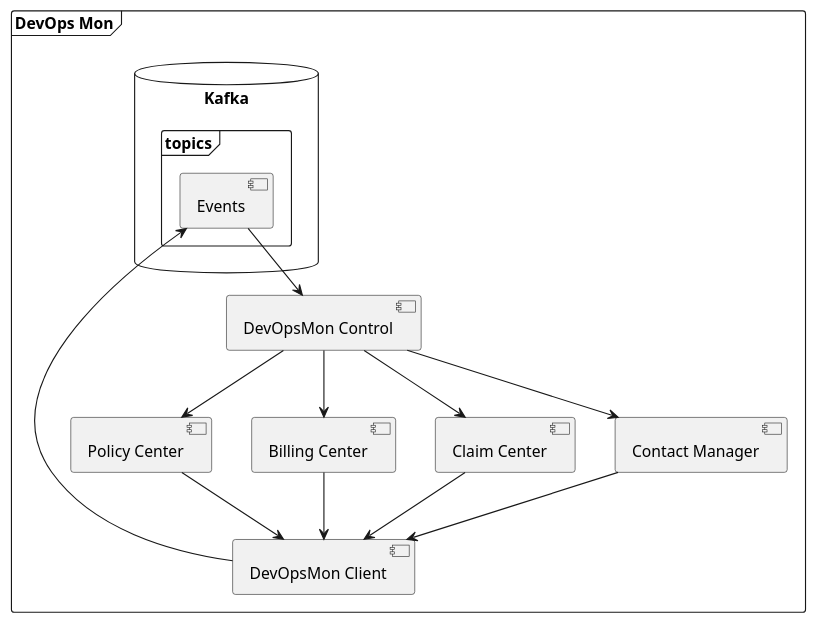
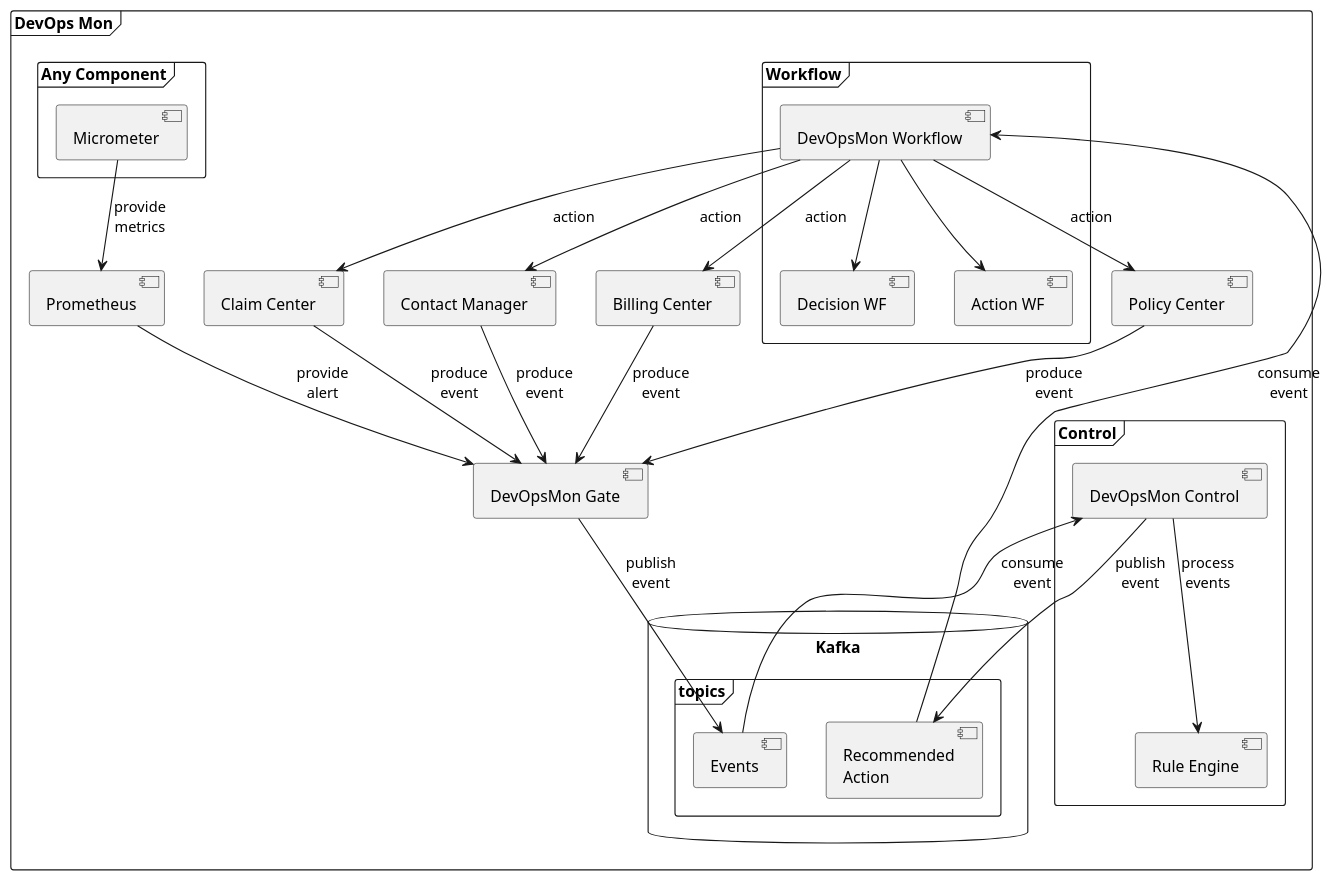
One commit to Baloise-CodeCamp-2022/devopsmon_remote_control changed the diagram in doc/arc42/05-Building Block View/whitebox-overall-system.puml. Above: the diagram before and after it, drawn with PlantUML. The commit also changed 3 other files, not shown here.

Commit message:
#6: transferred flip-charts to markdown.

```diff
--- a/doc/arc42/05-Building Block View/whitebox-overall-system.puml
+++ b/doc/arc42/05-Building Block View/whitebox-overall-system.puml
@@ -1,34 +1,59 @@
 @startuml
 'https://plantuml.com/component-diagram
 
 frame "DevOps Mon" {
-    [DevOpsMon Client] as [dom-client]
+    [Prometheus] as [prometheus]
+    frame "Any Component"{
+        [Micrometer] as [micrometer]
+    }
 
-    [DevOpsMon Control] as [dom-control]
+    [DevOpsMon Gate] as [dom-gate]
+
+    frame "Control"{
+        [DevOpsMon Control] as [dom-control]
+        [Rule Engine] as [rule-eng]
+
+        [dom-control] --> [rule-eng] : process\nevents
+    }
+
+    frame "Workflow"{
+        [DevOpsMon Workflow] as [dom-workflow]
+        [Decision WF] as [decision-wf]
+        [Action WF] as [action-wf]
+
+        [dom-workflow] --> [decision-wf]
+        [dom-workflow] --> [action-wf]
+    }
 
     [Policy Center] as [gwr-pc]
     [Billing Center] as [gwr-bc]
     [Claim Center] as [gwr-cc]
     [Contact Manager] as [gwr-cm]
 
     database "Kafka" {
         frame "topics" {
-            [Events] as [topic]
+            [Events] as [event]
+            [Recommended\nAction] as [recommended-action]
         }
     }
 
-    [dom-client] --> [topic]
-    [topic] --> [dom-control]
+    [micrometer] --> [prometheus] : provide\nmetrics
+    [prometheus] --> [dom-gate] : provide\nalert
 
-    [gwr-pc] --> [dom-client]
-    [gwr-bc] --> [dom-client]
-    [gwr-cc] --> [dom-client]
-    [gwr-cm] --> [dom-client]
+    [dom-gate] --> [event] : publish\nevent
+    [event] --> [dom-control] : consume\nevent
 
-    [dom-control] --> [gwr-pc]
-    [dom-control] --> [gwr-bc]
-    [dom-control] --> [gwr-cc]
-    [dom-control] --> [gwr-cm]
+    [dom-control] --> [recommended-action] : publish\nevent
+    [recommended-action] --> [dom-workflow] : consume\nevent
+
+    [gwr-pc] --> [dom-gate] : produce\nevent
+    [gwr-bc] --> [dom-gate] : produce\nevent
+    [gwr-cc] --> [dom-gate] : produce\nevent
+    [gwr-cm] --> [dom-gate] : produce\nevent
+
+    [dom-workflow] --> [gwr-pc] : action
+    [dom-workflow] --> [gwr-bc] : action
+    [dom-workflow] --> [gwr-cc] : action
+    [dom-workflow] --> [gwr-cm] : action
 }
-
 @enduml
```
